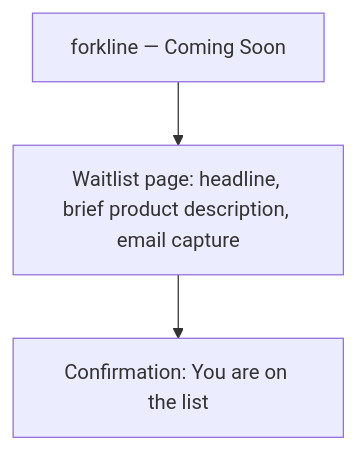
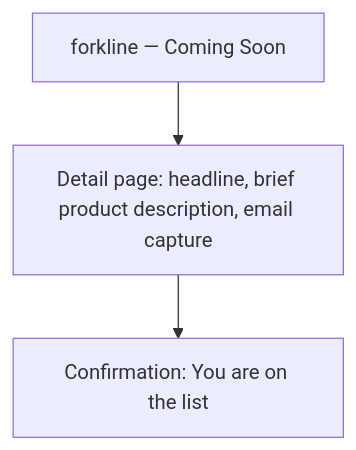
One commit to himanshusalve16/Graphxy-Labs-Landing-Page changed the fifth of 5 diagrams in Docs/04_Information_Architecture.md. Above: the diagram before and after it, drawn with Mermaid. The commit also changed other lines of this file and 36 other files, not shown here.

````diff
--- a/Docs/04_Information_Architecture.md
+++ b/Docs/04_Information_Architecture.md
@@ -127,5 +128,5 @@
 ```mermaid
 flowchart TD
-    Root[forkline — Coming Soon] --> WL[Waitlist page: headline, brief product description, email capture]
+    Root[forkline — Coming Soon] --> WL[Detail page: headline, brief product description, email capture]
     WL --> Confirm[Confirmation: You are on the list]
 ```
````
